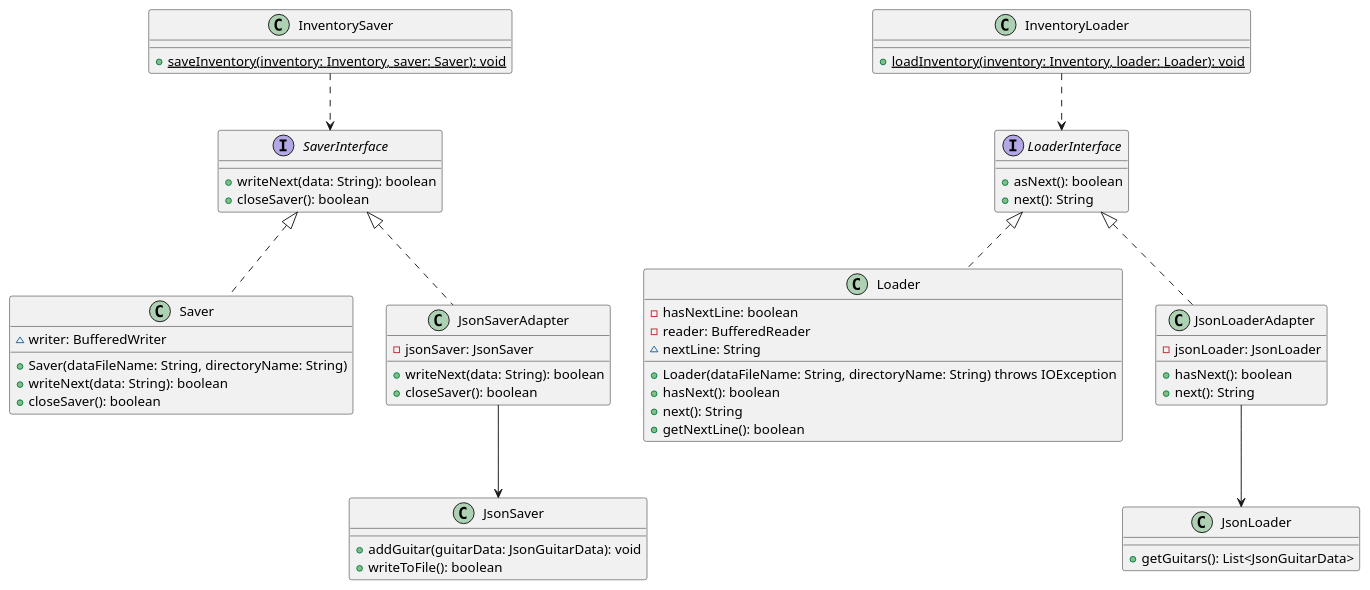
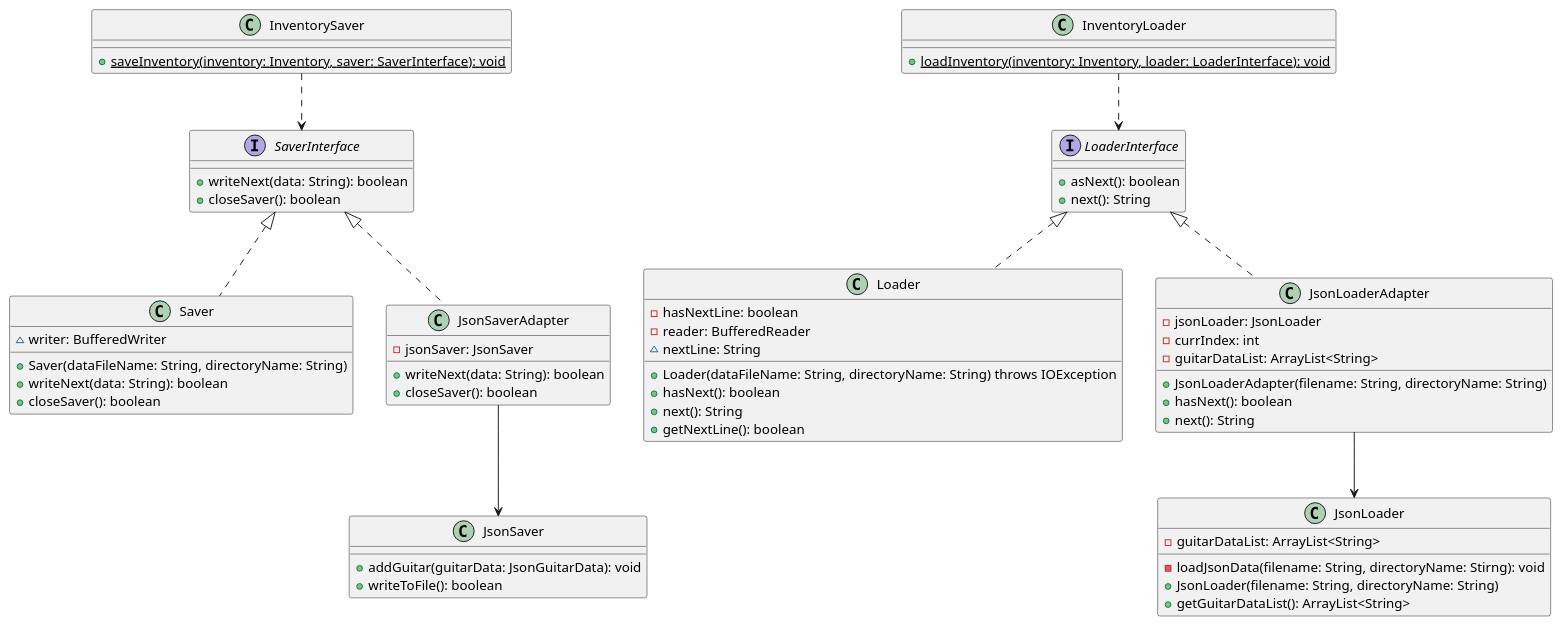
Before and after one commit to pjc0210/csse374-hw3: the diagram in docs/AdapterUML.puml, drawn with PlantUML.

Commit message:
updated UML for loader

```diff
--- a/docs/AdapterUML.puml
+++ b/docs/AdapterUML.puml
@@ -1,70 +1,75 @@
 @startuml
 interface LoaderInterface {
-+ asNext(): boolean
-+next(): String
+    + asNext(): boolean
+    + next(): String
 }
 
 interface SaverInterface {
-+writeNext(data: String): boolean
-+closeSaver(): boolean
+    + writeNext(data: String): boolean
+    + closeSaver(): boolean
 }
 
- class Loader {
+class Loader {
     - hasNextLine: boolean
     - reader: BufferedReader
     ~ nextLine: String
     + Loader(dataFileName: String, directoryName: String) throws IOException
     + hasNext(): boolean
     + next(): String
     + getNextLine(): boolean
-  }
+}
 
-  class Saver {
+class Saver {
     ~ writer: BufferedWriter
     + Saver(dataFileName: String, directoryName: String)
     + writeNext(data: String): boolean
     + closeSaver(): boolean
-  }
+}
 
 class JsonLoader {
-+getGuitars(): List<JsonGuitarData>
+    - guitarDataList: ArrayList<String>
+    - loadJsonData(filename: String, directoryName: Stirng): void
+    + JsonLoader(filename: String, directoryName: String)
+    + getGuitarDataList(): ArrayList<String>
 }
 
 class JsonSaver {
-+addGuitar(guitarData: JsonGuitarData): void
-+writeToFile(): boolean
+    + addGuitar(guitarData: JsonGuitarData): void
+    + writeToFile(): boolean
 }
 
-
 class JsonLoaderAdapter {
--jsonLoader: JsonLoader
-+hasNext(): boolean
-+next(): String
+    - jsonLoader: JsonLoader
+    - currIndex: int
+    - guitarDataList: ArrayList<String>
+    + JsonLoaderAdapter(filename: String, directoryName: String)
+    + hasNext(): boolean
+    + next(): String
 }
 
 class JsonSaverAdapter {
--jsonSaver: JsonSaver
-+writeNext(data: String): boolean
-+closeSaver(): boolean
+    - jsonSaver: JsonSaver
+    + writeNext(data: String): boolean
+    + closeSaver(): boolean
 }
 
-  class InventoryLoader {
-    {static} + loadInventory(inventory: Inventory, loader: Loader): void
-  }
+class InventoryLoader {
+    {static} + loadInventory(inventory: Inventory, loader: LoaderInterface): void
+}
 
-  class InventorySaver {
-    {static} + saveInventory(inventory: Inventory, saver: Saver): void
-  }
+class InventorySaver {
+    {static} + saveInventory(inventory: Inventory, saver: SaverInterface): void
+}
 
 Loader .up.|> LoaderInterface
 Saver .up.|> SaverInterface
 JsonLoaderAdapter .up.|> LoaderInterface
 JsonSaverAdapter .up.|> SaverInterface
 
 JsonLoaderAdapter -down-> JsonLoader
 JsonSaverAdapter -down-> JsonSaver
 
 InventoryLoader .down.> LoaderInterface
 InventorySaver .down.> SaverInterface
 
 @enduml
```
